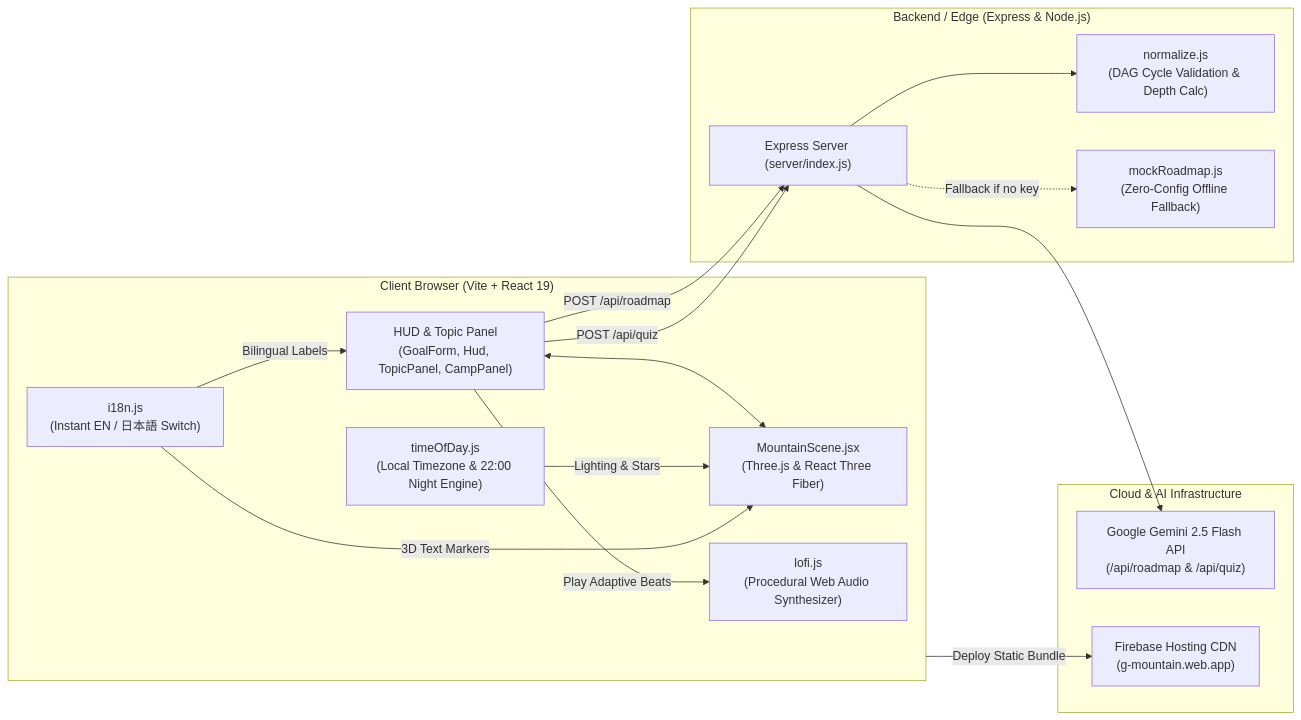
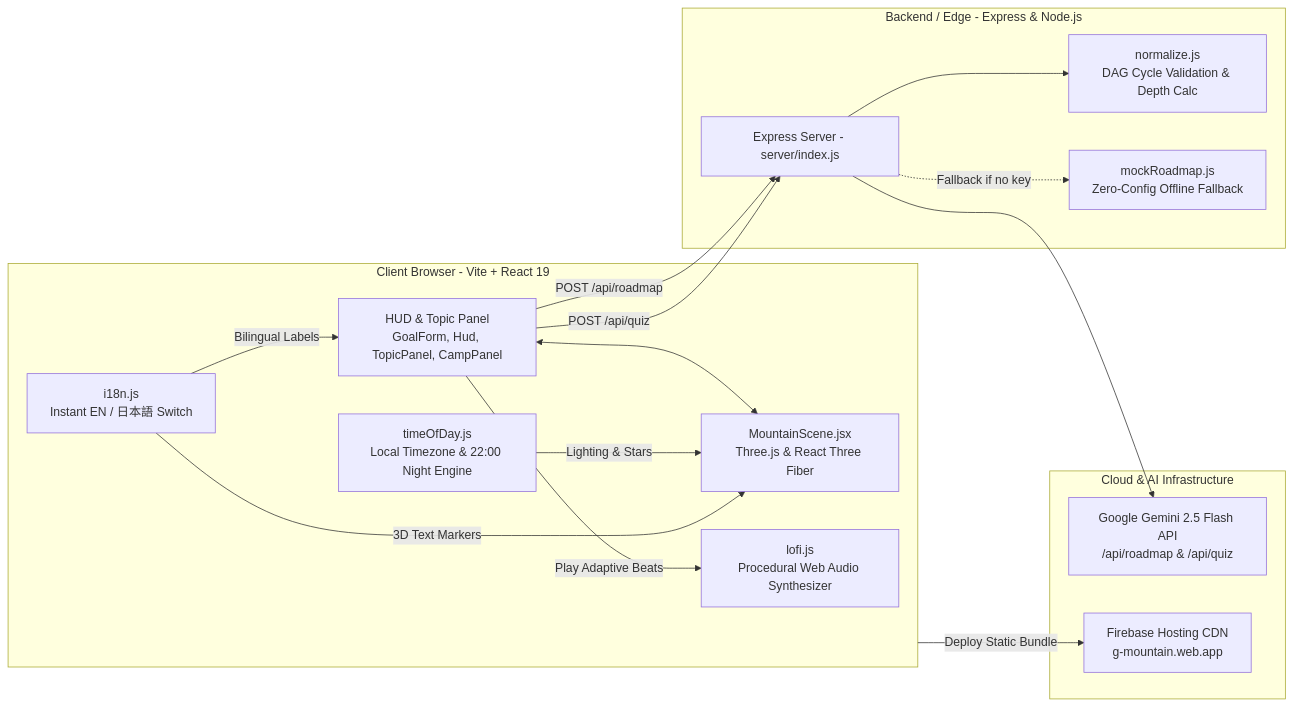
One commit to Devfest-Hackathon-2026/df-2026-t091 changed the second of 2 diagrams in README.md. Above: the diagram before and after it, drawn with Mermaid. The commit also changed other lines of this file, not shown here.

Commit message:
fix(docs): quote node labels in Mermaid diagrams to prevent GitHub render error

````diff
--- a/README.md
+++ b/README.md
@@ -72,33 +72,33 @@
 ```mermaid
 graph LR
-    subgraph Client ["Client Browser (Vite + React 19)"]
-        UI["HUD & Topic Panel<br/>(GoalForm, Hud, TopicPanel, CampPanel)"]
-        Scene["MountainScene.jsx<br/>(Three.js & React Three Fiber)"]
-        LoFi["lofi.js<br/>(Procedural Web Audio Synthesizer)"]
-        TZ["timeOfDay.js<br/>(Local Timezone & 22:00 Night Engine)"]
-        I18N["i18n.js<br/>(Instant EN / 日本語 Switch)"]
+    subgraph Client ["Client Browser - Vite + React 19"]
+        UI["HUD & Topic Panel<br/>GoalForm, Hud, TopicPanel, CampPanel"]
+        Scene["MountainScene.jsx<br/>Three.js & React Three Fiber"]
+        LoFi["lofi.js<br/>Procedural Web Audio Synthesizer"]
+        TZ["timeOfDay.js<br/>Local Timezone & 22:00 Night Engine"]
+        I18N["i18n.js<br/>Instant EN / 日本語 Switch"]
     end
 
-    subgraph Backend ["Backend / Edge (Express & Node.js)"]
-        API["Express Server (server/index.js)"]
-        Norm["normalize.js<br/>(DAG Cycle Validation & Depth Calc)"]
-        Mock["mockRoadmap.js<br/>(Zero-Config Offline Fallback)"]
+    subgraph Backend ["Backend / Edge - Express & Node.js"]
+        API["Express Server - server/index.js"]
+        Norm["normalize.js<br/>DAG Cycle Validation & Depth Calc"]
+        Mock["mockRoadmap.js<br/>Zero-Config Offline Fallback"]
     end
 
     subgraph Cloud ["Cloud & AI Infrastructure"]
-        Gemini["Google Gemini 2.5 Flash API<br/>(/api/roadmap & /api/quiz)"]
-        Hosting["Firebase Hosting CDN<br/>(g-mountain.web.app)"]
+        Gemini["Google Gemini 2.5 Flash API<br/>/api/roadmap & /api/quiz"]
+        Hosting["Firebase Hosting CDN<br/>g-mountain.web.app"]
     end
 
     Client -->|Deploy Static Bundle| Hosting
     UI <--> Scene
     UI -->|Play Adaptive Beats| LoFi
     TZ -->|Lighting & Stars| Scene
     I18N -->|Bilingual Labels| UI
     I18N -->|3D Text Markers| Scene
     UI -->|POST /api/roadmap| API
     UI -->|POST /api/quiz| API
     API --> Norm
     API --> Gemini
     API -.->|Fallback if no key| Mock
 ```
````
